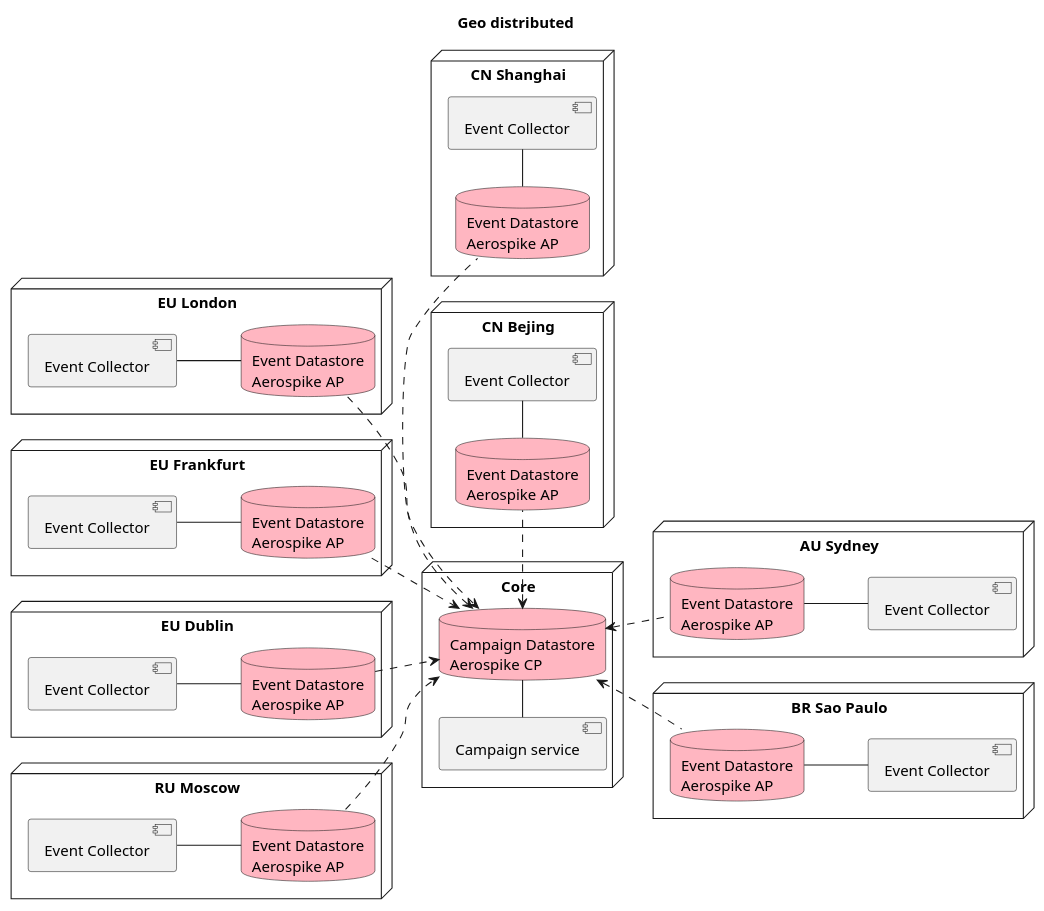
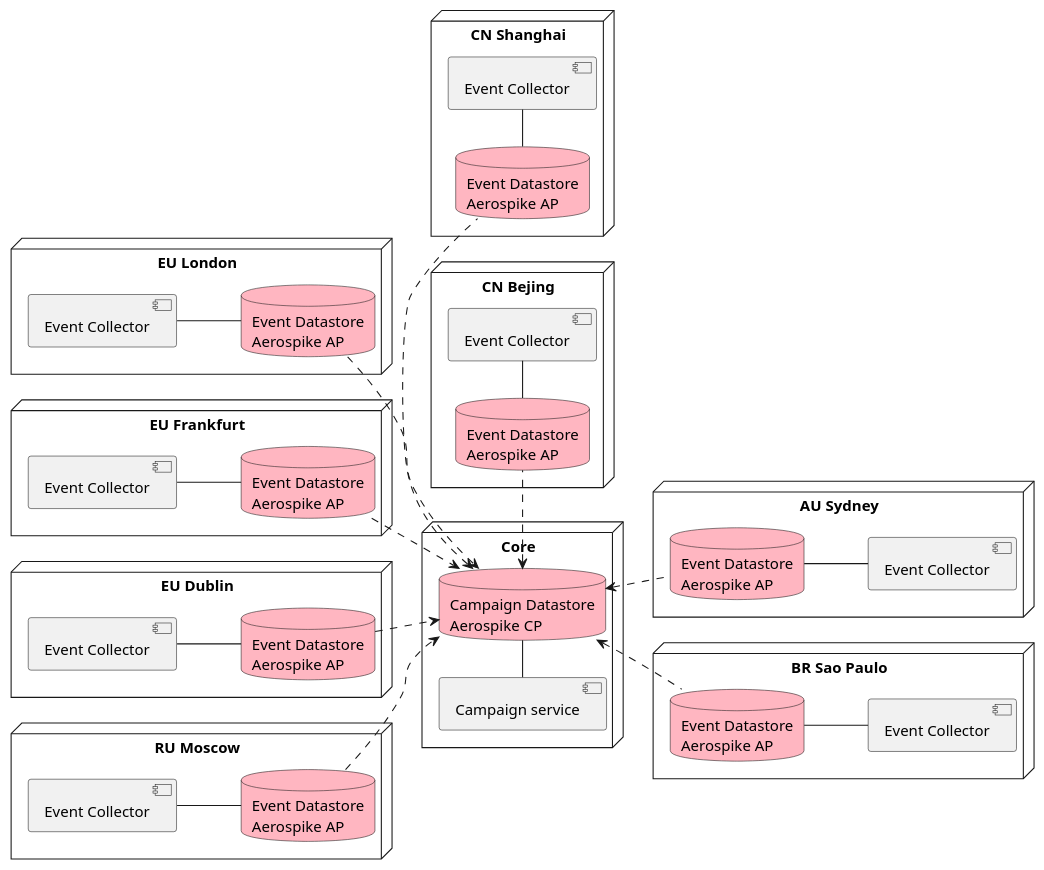
One commit to helipilot50/real-time-reporting-aerospike-kafka changed the diagram in architecture/reporting-service-objects-data.puml. Above: the diagram before and after it, drawn with PlantUML.

Commit message:
no message

```diff
--- a/architecture/reporting-service-objects-data.puml
+++ b/architecture/reporting-service-objects-data.puml
@@ -1,67 +1,67 @@
 @startuml
 skinparam componentStyle uml2
 left to right direction
-title Geo distributed 
+
 node "Core" {
     component "Campaign service" as campaignService
     database "Campaign Datastore\nAerospike CP" as coreAS #LightPink
     campaignService -right- coreAS
 }
 node "EU London" {
     component "Event Collector" as eventEUuk
     database "Event Datastore\nAerospike AP" as edgeEUuk #LightPink
     eventEUuk -- edgeEUuk
 }
 node "EU Frankfurt" {
     component "Event Collector" as eventEUde
     database "Event Datastore\nAerospike AP" as edgeEUde #LightPink
     eventEUde -- edgeEUde
 }
 together {
 node "CN Shanghai" {
     component "Event Collector" as eventCNsh
     database "Event Datastore\nAerospike AP" as edgeCNsh #LightPink
     eventCNsh -l- edgeCNsh
 }
 node "CN Bejing" {
     component "Event Collector" as eventCNbj
     database "Event Datastore\nAerospike AP" as edgeCNbj #LightPink
     eventCNbj -l- edgeCNbj
 }
 }
 node "EU Dublin" {
     component "Event Collector" as eventEUis
     database "Event Datastore\nAerospike AP" as edgeEUis #LightPink
     eventEUis -- edgeEUis
 }
 node "RU Moscow" {
     component "Event Collector" as eventRUmc
     database "Event Datastore\nAerospike AP" as edgeRUmc #LightPink
     eventRUmc -- edgeRUmc
 }
 
 node "AU Sydney" {
     component "Event Collector" as eventAUsy
     database "Event Datastore\nAerospike AP" as edgeAUsy #LightPink
     eventAUsy -u- edgeAUsy
 }
 node "BR Sao Paulo" {
     component "Event Collector" as eventBRsp
     database "Event Datastore\nAerospike AP" as edgeBRsp #LightPink
     eventBRsp -u- edgeBRsp
 }
 
 edgeCNsh .l.> coreAS
 edgeCNbj .l.> coreAS
 
 edgeEUis .d.> coreAS
 edgeEUde .d.> coreAS
 edgeEUuk .d.> coreAS
 
 
 edgeRUmc .d.> coreAS
 
 coreAS <.. edgeAUsy
 coreAS <.. edgeBRsp
 
 @enduml
```
